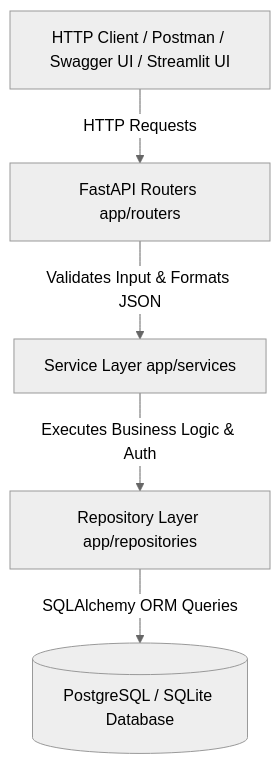
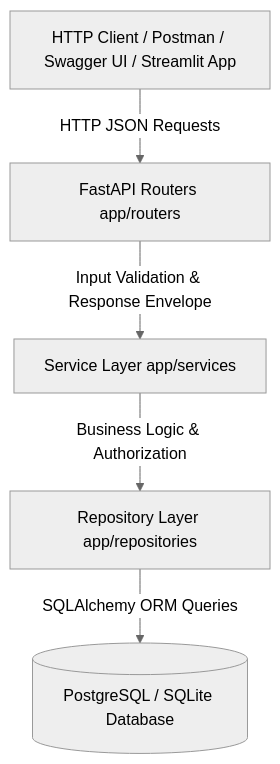
The diagram in README.md (HARIHRITHIK/taskflow-api), drawn with Mermaid (neutral theme) before and after one commit. The commit also changed other lines of this file and 2 other files, not shown here.

Commit message:
refactor: redesign Streamlit app into authentic SaaS platform UI and polish engineering documentation

````diff
--- a/README.md
+++ b/README.md
@@ -35,7 +20,7 @@
 ```mermaid
 graph TD
-    Client[HTTP Client / Postman / Swagger UI / Streamlit UI] -->|HTTP Requests| Router[FastAPI Routers app/routers]
-    Router -->|Validates Input & Formats JSON| Service[Service Layer app/services]
-    Service -->|Executes Business Logic & Auth| Repository[Repository Layer app/repositories]
+    Client[HTTP Client / Postman / Swagger UI / Streamlit App] -->|HTTP JSON Requests| Router[FastAPI Routers app/routers]
+    Router -->|Input Validation & Response Envelope| Service[Service Layer app/services]
+    Service -->|Business Logic & Authorization| Repository[Repository Layer app/repositories]
     Repository -->|SQLAlchemy ORM Queries| Database[(PostgreSQL / SQLite Database)]
 ```
````
